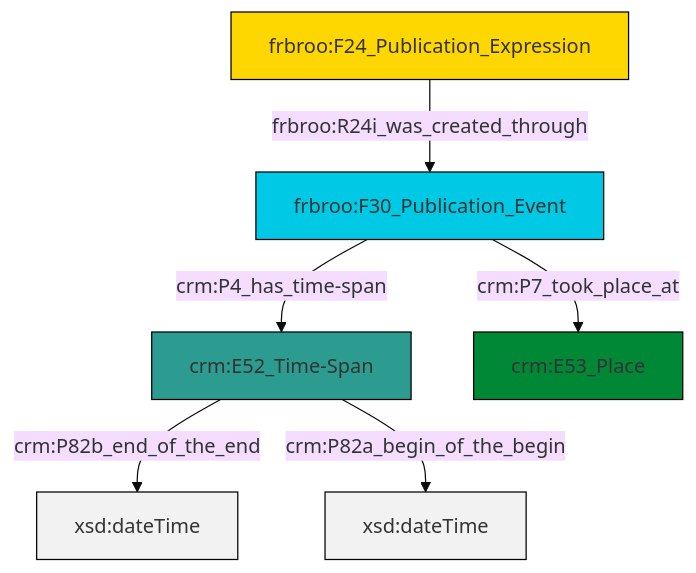
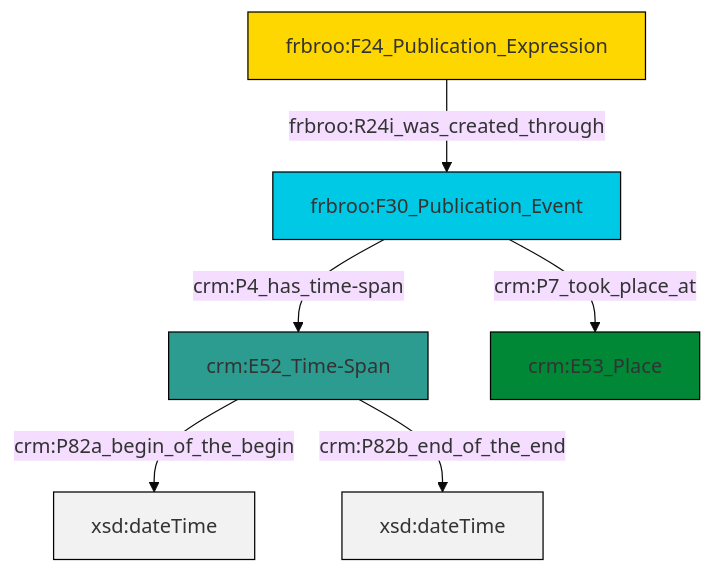
Before and after one commit to swiss-art-research-net/reference-data-models: the diagram in et/biblioCSV/ttl/mmd/biblio_existence.ttl.mmd, drawn with Mermaid (base theme). The commit also changed 124 other files, not shown here.

```diff
--- a/et/biblioCSV/ttl/mmd/biblio_existence.ttl.mmd
+++ b/et/biblioCSV/ttl/mmd/biblio_existence.ttl.mmd
@@ -1,20 +1,20 @@
 graph TD
 classDef Literal fill:#f2f2f2,stroke:#000000;
 classDef CRM_Entity fill:#FFFFFF,stroke:#000000;
 classDef Temporal_Entity fill:#00C9E6, stroke:#000000;
 classDef Type fill:#E18312, stroke:#000000;
 classDef Time-Span fill:#2C9C91, stroke:#000000;
 classDef Appellation fill:#FFEB7F, stroke:#000000;
 classDef Place fill:#008836, stroke:#000000;
 classDef Persistent_Item fill:#B266B2, stroke:#000000;
 classDef Conceptual_Object fill:#FFD700, stroke:#000000;
 classDef Physical_Thing fill:#D2B48C, stroke:#000000;
 classDef Actor fill:#f58aad, stroke:#000000;
 classDef PC_Classes fill:#4ce600, stroke:#000000;
 classDef Multi fill:#cccccc,stroke:#000000;
 
-2["frbroo:F30_Publication_Event"]:::Temporal_Entity -->|crm:P7_took_place_at| 3["crm:E53_Place"]:::Place
-2["frbroo:F30_Publication_Event"]:::Temporal_Entity -->|crm:P4_has_time-span| 0["crm:E52_Time-Span"]:::Time-Span
-0["crm:E52_Time-Span"]:::Time-Span -->|crm:P82b_end_of_the_end| 5[xsd:dateTime]:::Literal
-0["crm:E52_Time-Span"]:::Time-Span -->|crm:P82a_begin_of_the_begin| 6[xsd:dateTime]:::Literal
-7["frbroo:F24_Publication_Expression"]:::Conceptual_Object -->|frbroo:R24i_was_created_through| 2["frbroo:F30_Publication_Event"]:::Temporal_Entity
+0["frbroo:F30_Publication_Event"]:::Temporal_Entity -->|crm:P4_has_time-span| 1["crm:E52_Time-Span"]:::Time-Span
+0["frbroo:F30_Publication_Event"]:::Temporal_Entity -->|crm:P7_took_place_at| 2["crm:E53_Place"]:::Place
+1["crm:E52_Time-Span"]:::Time-Span -->|crm:P82a_begin_of_the_begin| 7[xsd:dateTime]:::Literal
+5["frbroo:F24_Publication_Expression"]:::Conceptual_Object -->|frbroo:R24i_was_created_through| 0["frbroo:F30_Publication_Event"]:::Temporal_Entity
+1["crm:E52_Time-Span"]:::Time-Span -->|crm:P82b_end_of_the_end| 9[xsd:dateTime]:::Literal
```
